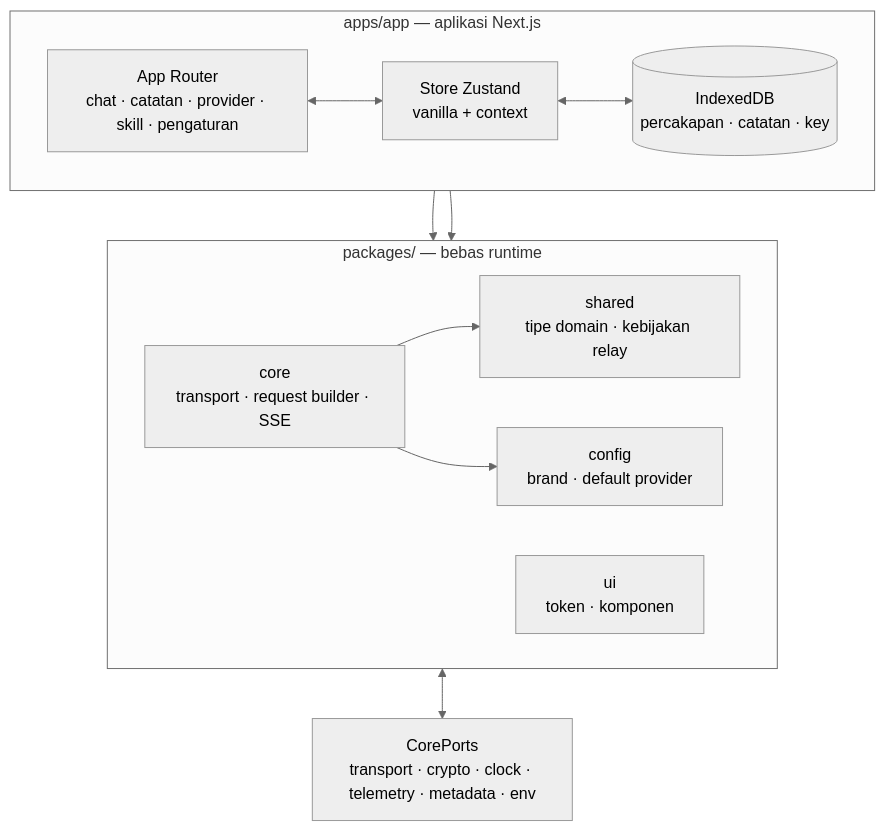
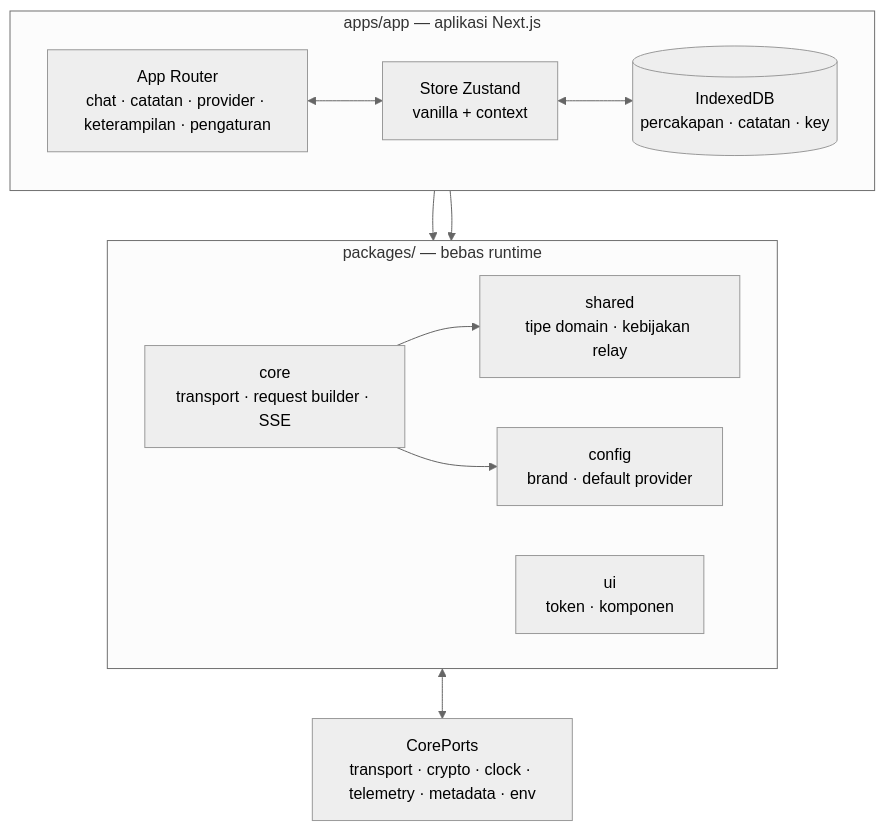
Before and after one commit to oriveo/oriveo: the second of 2 diagrams in readme_i18n/id/web.md, drawn with Mermaid (neutral theme). The commit also changed other lines of this file and 89 other files, not shown here.

````diff
--- a/readme_i18n/id/web.md
+++ b/readme_i18n/id/web.md
@@ -123,25 +124,25 @@
 ```mermaid
 flowchart TB
     subgraph app ["apps/app — aplikasi Next.js"]
         direction LR
-        routes["App Router<br/>chat · catatan · provider · skill · pengaturan"]
+        routes["App Router<br/>chat · catatan · provider · keterampilan · pengaturan"]
         store["Store Zustand<br/>vanilla + context"]
         idb[("IndexedDB<br/>percakapan · catatan · key")]
     end
 
     subgraph pkgs ["packages/ — bebas runtime"]
         direction LR
         core["core<br/>transport · request builder · SSE"]
         shared["shared<br/>tipe domain · kebijakan relay"]
         ui["ui<br/>token · komponen"]
         config["config<br/>brand · default provider"]
     end
 
     ports["CorePorts<br/>transport · crypto · clock · telemetry · metadata · env"]
 
     routes <--> store <--> idb
     store --> core
     core --> shared & config
     routes --> ui
     core <--> ports
 ```
````
